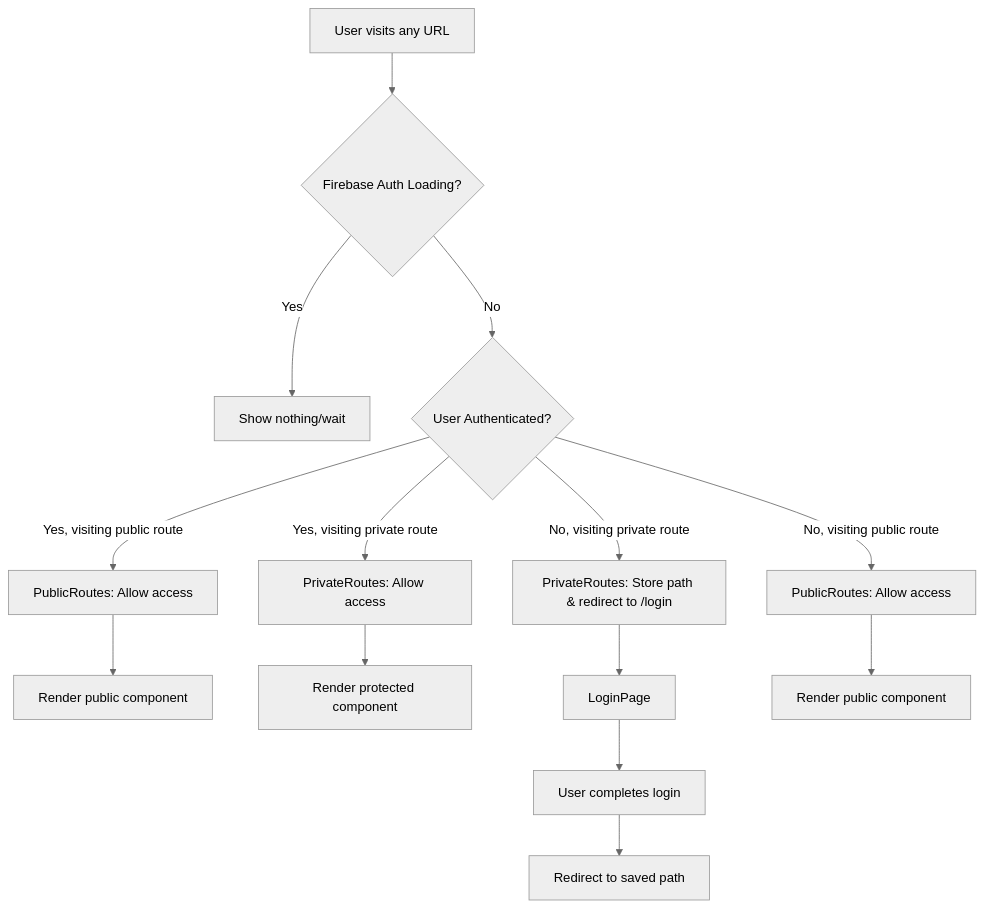
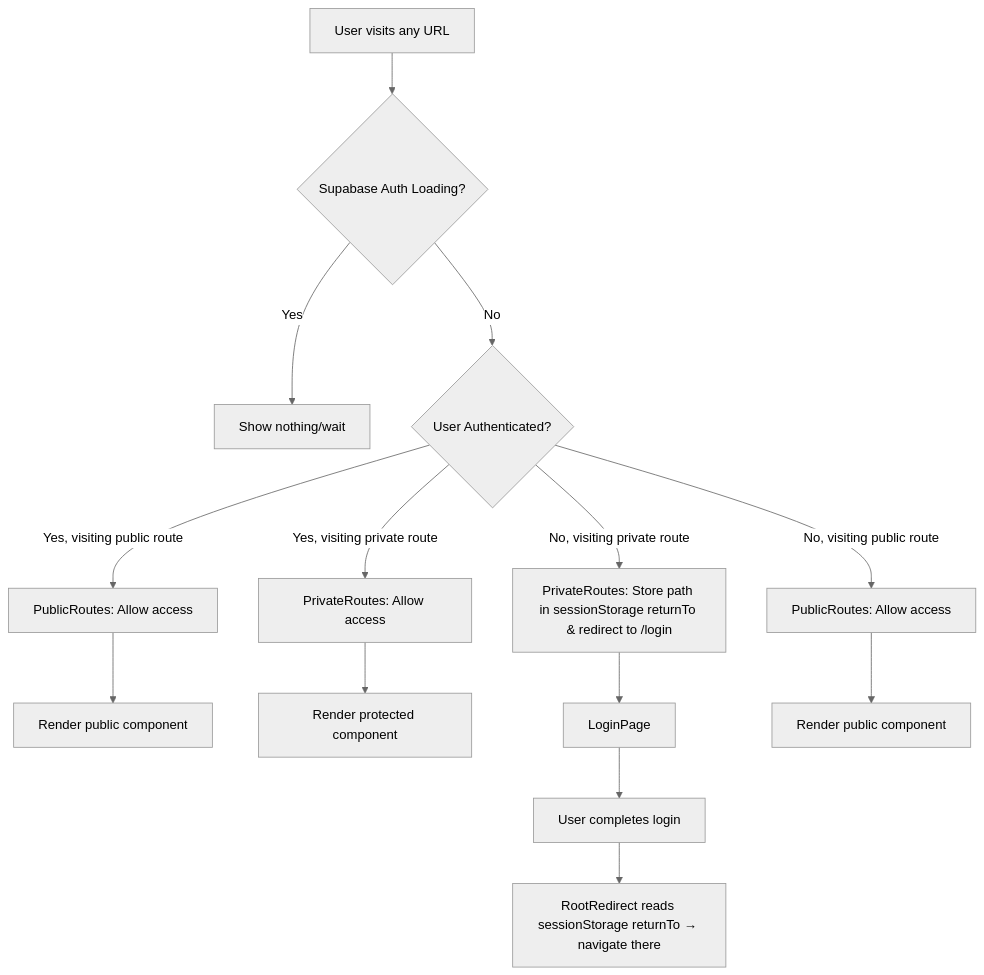
One commit to BumgeunSong/daily-writing-friends changed the first of 2 diagrams in docs/AUTHENTICATION_ROUTING.md. Above: the diagram before and after it, drawn with Mermaid (neutral theme). The commit also changed other lines of this file and 1 other file, not shown here.

````diff
--- a/docs/AUTHENTICATION_ROUTING.md
+++ b/docs/AUTHENTICATION_ROUTING.md
@@ -11,19 +28,19 @@
 ```mermaid
 graph TD
-    A[User visits any URL] --> B{Firebase Auth Loading?}
+    A[User visits any URL] --> B{Supabase Auth Loading?}
     B -->|Yes| C[Show nothing/wait]
     B -->|No| D{User Authenticated?}
-    
+
     D -->|Yes, visiting public route| E[PublicRoutes: Allow access]
     D -->|Yes, visiting private route| F[PrivateRoutes: Allow access]
-    D -->|No, visiting private route| G[PrivateRoutes: Store path & redirect to /login]
+    D -->|No, visiting private route| G[PrivateRoutes: Store path in sessionStorage returnTo & redirect to /login]
     D -->|No, visiting public route| H[PublicRoutes: Allow access]
-    
+
     E --> I[Render public component]
     F --> J[Render protected component]
     G --> K[LoginPage]
     H --> L[Render public component]
-    
+
     K --> M[User completes login]
-    M --> N[Redirect to saved path]
+    M --> N[RootRedirect reads sessionStorage returnTo → navigate there]
 ```
````
